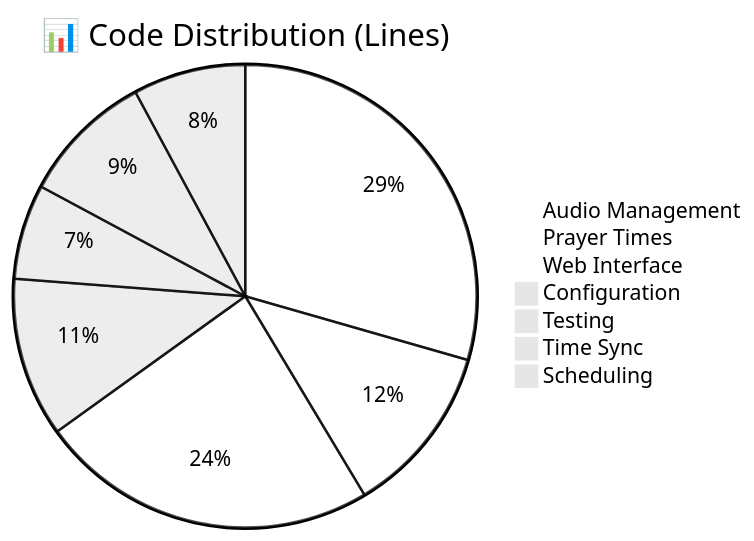
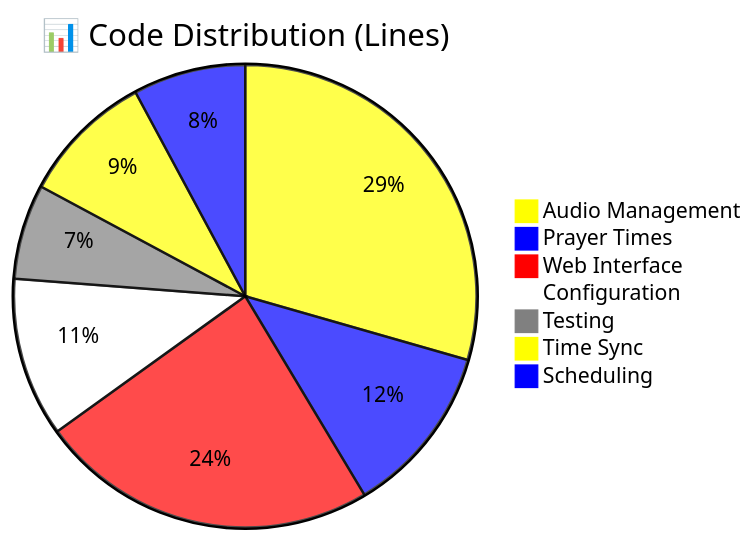
One commit to shenhab/Automated-Azan changed the fifth of 5 diagrams in ARCHITECTURE_MINDMAP.md. Above: the diagram before and after it, drawn with Mermaid. The commit also changed other lines of this file, not shown here.

````diff
--- a/ARCHITECTURE_MINDMAP.md
+++ b/ARCHITECTURE_MINDMAP.md
@@ -329,11 +329,11 @@
 ```mermaid
-%%{init: {'theme':'base', 'themeVariables': { 'primaryColor': '#ffffff', 'primaryTextColor': '#000000', 'primaryBorderColor': '#000000', 'lineColor': '#000000', 'sectionBkColor': '#ffff00', 'altSectionBkColor': '#0000ff'}}}%%
+%%{init: {'theme':'base', 'themeVariables': { 'primaryColor': '#ffffff', 'primaryTextColor': '#000000', 'primaryBorderColor': '#000000', 'lineColor': '#000000', 'pie1': '#ffff00', 'pie2': '#0000ff', 'pie3': '#ff0000', 'pie4': '#ffffff', 'pie5': '#808080', 'pie6': '#ffff00', 'pie7': '#0000ff', 'pieStrokeColor': '#000000', 'pieStrokeWidth': '2px'}}}%%
 pie title 📊 Code Distribution (Lines)
     "Audio Management" : 66610
     "Prayer Times" : 27052
     "Web Interface" : 53566
     "Configuration" : 25206
     "Testing" : 15000
     "Time Sync" : 21050
     "Scheduling" : 17770
 ```
````
